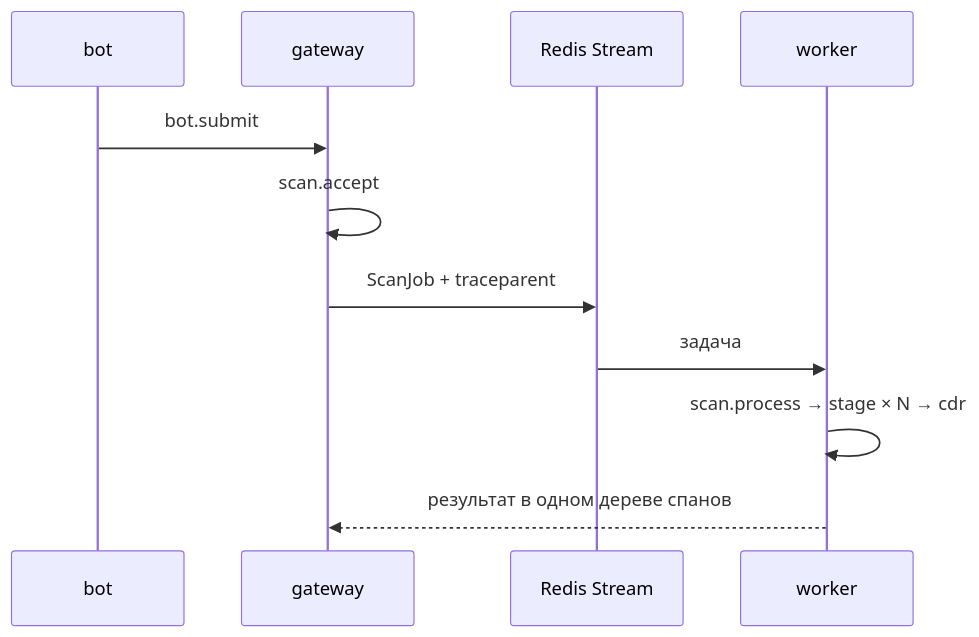
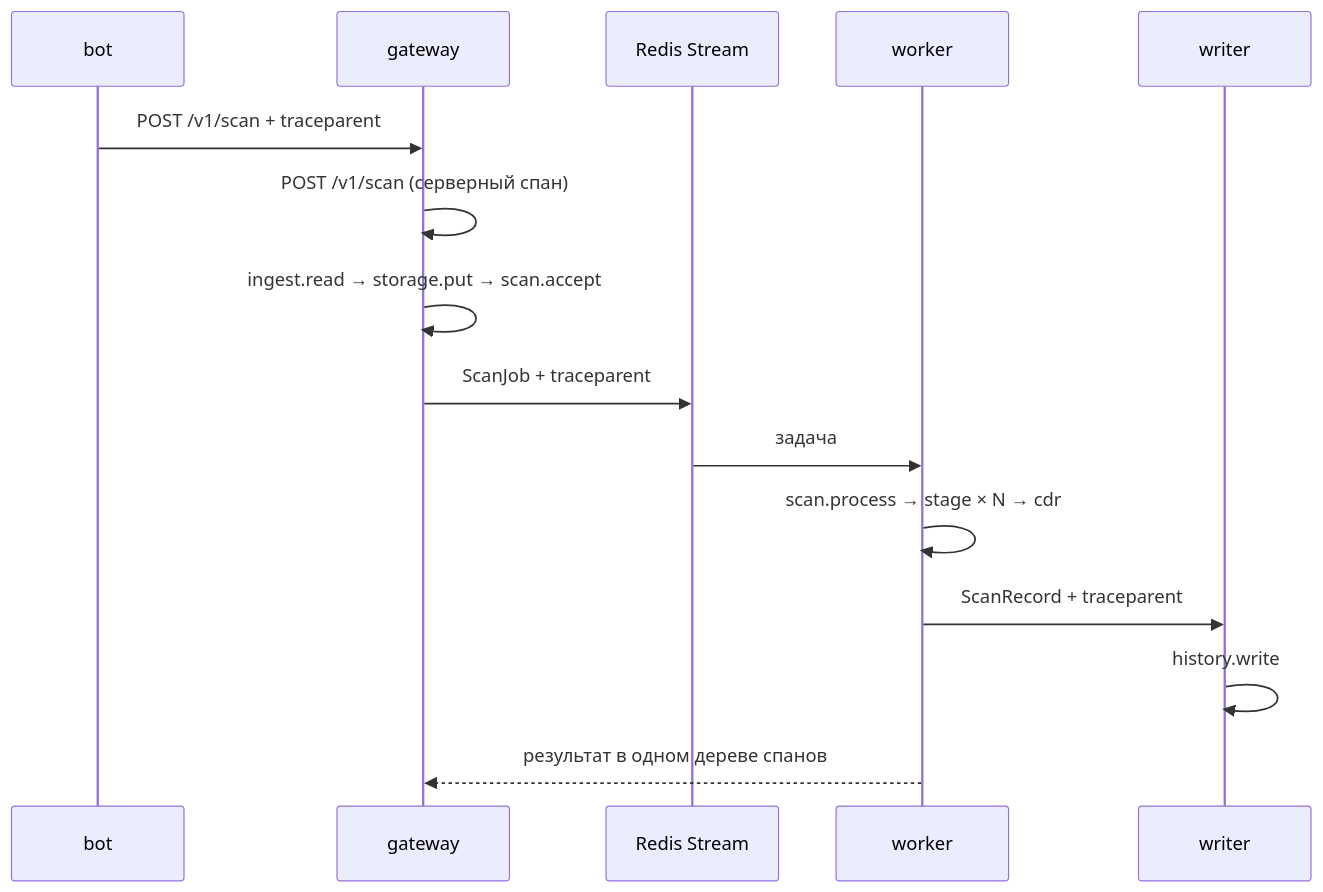
Diagram 21 of 21 in docs/architecture.md (dato-dev/vulnscan), drawn with Mermaid before and after one commit. The commit also changed other lines of this file and 38 other files, not shown here.

````diff
--- a/docs/architecture.md
+++ b/docs/architecture.md
@@ -1102,14 +1106,18 @@
 ```mermaid
 sequenceDiagram
     participant B as bot
     participant G as gateway
     participant Q as Redis Stream
     participant W as worker
+    participant R as writer
 
-    B->>G: bot.submit
-    G->>G: scan.accept
+    B->>G: POST /v1/scan + traceparent
+    G->>G: POST /v1/scan (серверный спан)
+    G->>G: ingest.read → storage.put → scan.accept
     G->>Q: ScanJob + traceparent
     Q->>W: задача
     W->>W: scan.process → stage × N → cdr
+    W->>R: ScanRecord + traceparent
+    R->>R: history.write
     W-->>G: результат в одном дереве спанов
 ```
````
